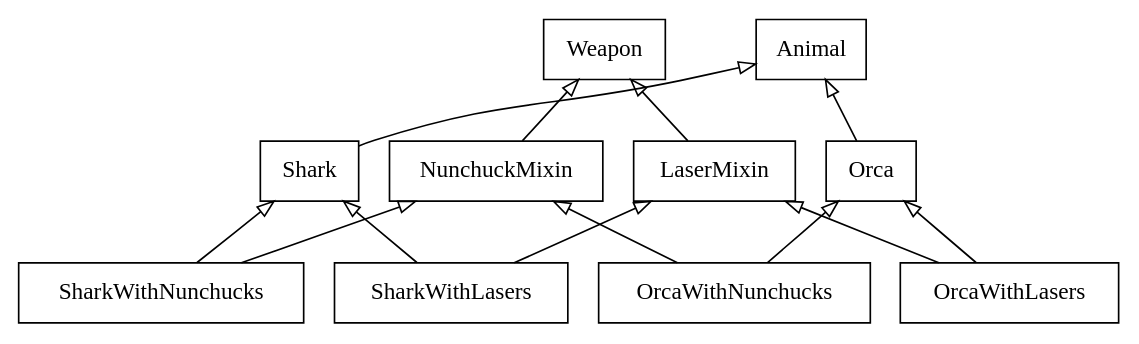
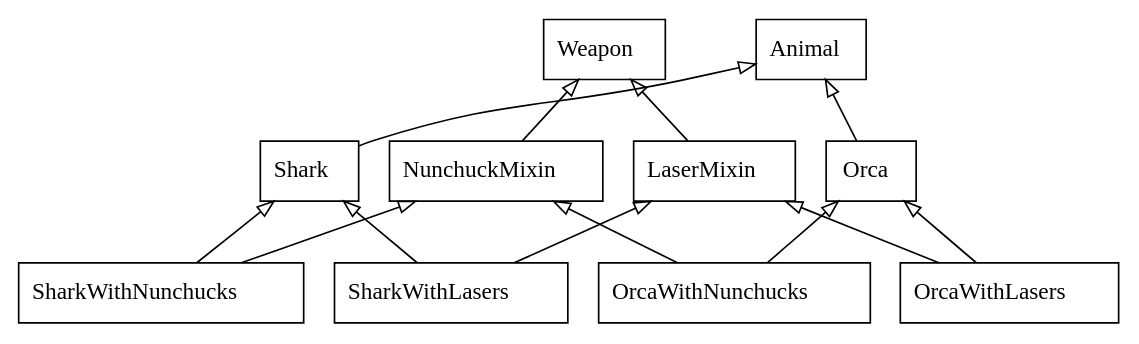
One commit to slinkp/inheritance_talk changed the diagram in samples/shark_inherit_2.py.dot. Above: the diagram before and after it, drawn with Graphviz. The commit also changed 15 other files, not shown here.

```diff
--- a/samples/shark_inherit_2.py.dot
+++ b/samples/shark_inherit_2.py.dot
@@ -1,26 +1,26 @@
-digraph "classes_No_Name" {
+digraph "classes" {
+rankdir=BT
 charset="utf-8"
-rankdir=BT
-"2" [label="OrcaWithLasers", shape="record"];
-"3" [label="Orca", shape="record"];
-"4" [label="Animal", shape="record"];
-"5" [label="LaserMixin", shape="record"];
-"6" [label="Weapon", shape="record"];
-"7" [label="Shark", shape="record"];
-"8" [label="OrcaWithNunchucks", shape="record"];
-"9" [label="NunchuckMixin", shape="record"];
-"10" [label="SharkWithLasers", shape="record"];
-"11" [label="SharkWithNunchucks", shape="record"];
-"2" -> "3" [arrowhead="empty", arrowtail="none"];
-"2" -> "5" [arrowhead="empty", arrowtail="none"];
-"3" -> "4" [arrowhead="empty", arrowtail="none"];
-"5" -> "6" [arrowhead="empty", arrowtail="none"];
-"7" -> "4" [arrowhead="empty", arrowtail="none"];
-"8" -> "3" [arrowhead="empty", arrowtail="none"];
-"8" -> "9" [arrowhead="empty", arrowtail="none"];
-"9" -> "6" [arrowhead="empty", arrowtail="none"];
-"10" -> "7" [arrowhead="empty", arrowtail="none"];
-"10" -> "5" [arrowhead="empty", arrowtail="none"];
-"11" -> "7" [arrowhead="empty", arrowtail="none"];
-"11" -> "9" [arrowhead="empty", arrowtail="none"];
+"shark_inherit_2.Animal" [color="black", fontcolor="black", label=<Animal>, shape="record", style="solid"];
+"shark_inherit_2.LaserMixin" [color="black", fontcolor="black", label=<LaserMixin>, shape="record", style="solid"];
+"shark_inherit_2.NunchuckMixin" [color="black", fontcolor="black", label=<NunchuckMixin>, shape="record", style="solid"];
+"shark_inherit_2.Orca" [color="black", fontcolor="black", label=<Orca>, shape="record", style="solid"];
+"shark_inherit_2.OrcaWithLasers" [color="black", fontcolor="black", label=<OrcaWithLasers>, shape="record", style="solid"];
+"shark_inherit_2.OrcaWithNunchucks" [color="black", fontcolor="black", label=<OrcaWithNunchucks>, shape="record", style="solid"];
+"shark_inherit_2.Shark" [color="black", fontcolor="black", label=<Shark>, shape="record", style="solid"];
+"shark_inherit_2.SharkWithLasers" [color="black", fontcolor="black", label=<SharkWithLasers>, shape="record", style="solid"];
+"shark_inherit_2.SharkWithNunchucks" [color="black", fontcolor="black", label=<SharkWithNunchucks>, shape="record", style="solid"];
+"shark_inherit_2.Weapon" [color="black", fontcolor="black", label=<Weapon>, shape="record", style="solid"];
+"shark_inherit_2.LaserMixin" -> "shark_inherit_2.Weapon" [arrowhead="empty", arrowtail="none"];
+"shark_inherit_2.NunchuckMixin" -> "shark_inherit_2.Weapon" [arrowhead="empty", arrowtail="none"];
+"shark_inherit_2.Orca" -> "shark_inherit_2.Animal" [arrowhead="empty", arrowtail="none"];
+"shark_inherit_2.OrcaWithLasers" -> "shark_inherit_2.LaserMixin" [arrowhead="empty", arrowtail="none"];
+"shark_inherit_2.OrcaWithLasers" -> "shark_inherit_2.Orca" [arrowhead="empty", arrowtail="none"];
+"shark_inherit_2.OrcaWithNunchucks" -> "shark_inherit_2.NunchuckMixin" [arrowhead="empty", arrowtail="none"];
+"shark_inherit_2.OrcaWithNunchucks" -> "shark_inherit_2.Orca" [arrowhead="empty", arrowtail="none"];
+"shark_inherit_2.Shark" -> "shark_inherit_2.Animal" [arrowhead="empty", arrowtail="none"];
+"shark_inherit_2.SharkWithLasers" -> "shark_inherit_2.LaserMixin" [arrowhead="empty", arrowtail="none"];
+"shark_inherit_2.SharkWithLasers" -> "shark_inherit_2.Shark" [arrowhead="empty", arrowtail="none"];
+"shark_inherit_2.SharkWithNunchucks" -> "shark_inherit_2.NunchuckMixin" [arrowhead="empty", arrowtail="none"];
+"shark_inherit_2.SharkWithNunchucks" -> "shark_inherit_2.Shark" [arrowhead="empty", arrowtail="none"];
 }
```
